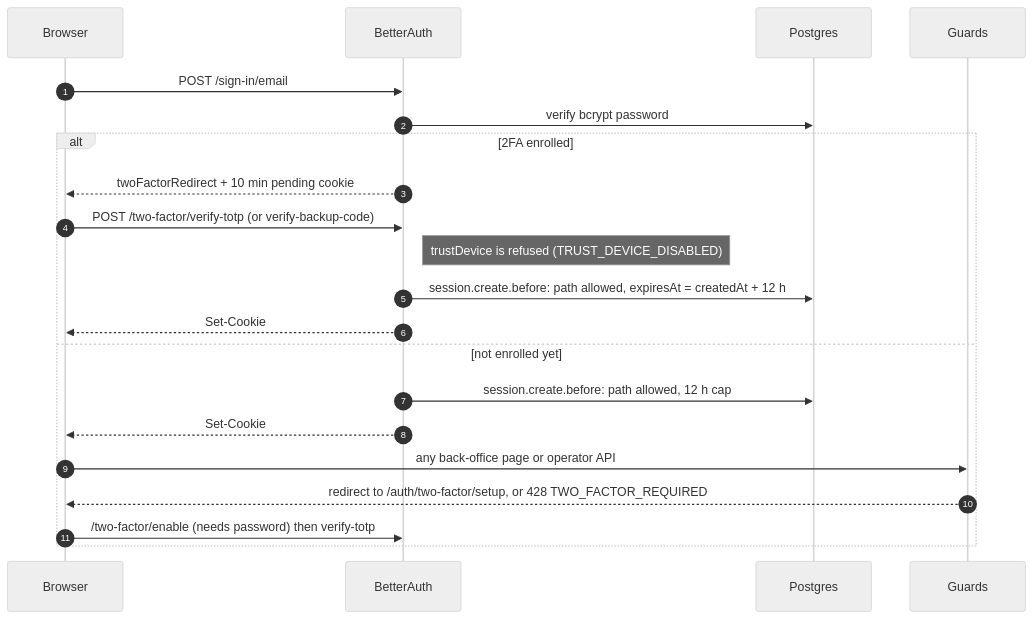
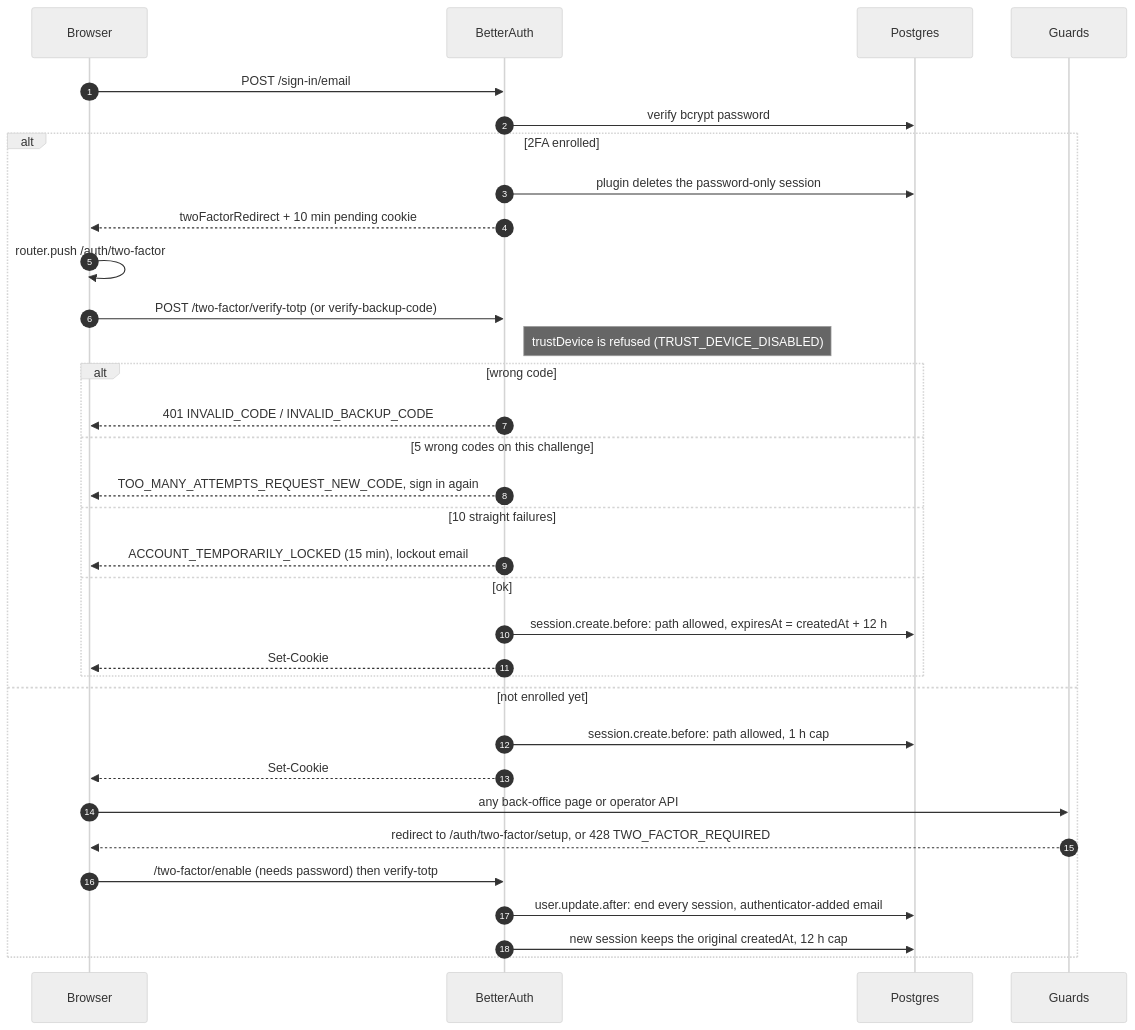
One commit to Practitionist/familiarise_web changed the sixth of 12 diagrams in docs/authentication/architecture.md. Above: the diagram before and after it, drawn with Mermaid (neutral theme). The commit also changed other lines of this file and 533 other files, not shown here.

````diff
--- a/docs/authentication/architecture.md
+++ b/docs/authentication/architecture.md
@@ -194,24 +338,36 @@
 ```mermaid
 sequenceDiagram
   autonumber
   participant B as Browser
   participant BA as BetterAuth
   participant DB as Postgres
   participant G as Guards
 
   B->>BA: POST /sign-in/email
   BA->>DB: verify bcrypt password
   alt 2FA enrolled
+    BA->>DB: plugin deletes the password-only session
     BA-->>B: twoFactorRedirect + 10 min pending cookie
+    B->>B: router.push /auth/two-factor
     B->>BA: POST /two-factor/verify-totp (or verify-backup-code)
     Note right of BA: trustDevice is refused (TRUST_DEVICE_DISABLED)
-    BA->>DB: session.create.before: path allowed, expiresAt = createdAt + 12 h
-    BA-->>B: Set-Cookie
+    alt wrong code
+      BA-->>B: 401 INVALID_CODE / INVALID_BACKUP_CODE
+    else 5 wrong codes on this challenge
+      BA-->>B: TOO_MANY_ATTEMPTS_REQUEST_NEW_CODE, sign in again
+    else 10 straight failures
+      BA-->>B: ACCOUNT_TEMPORARILY_LOCKED (15 min), lockout email
+    else ok
+      BA->>DB: session.create.before: path allowed, expiresAt = createdAt + 12 h
+      BA-->>B: Set-Cookie
+    end
   else not enrolled yet
-    BA->>DB: session.create.before: path allowed, 12 h cap
+    BA->>DB: session.create.before: path allowed, 1 h cap
     BA-->>B: Set-Cookie
     B->>G: any back-office page or operator API
     G-->>B: redirect to /auth/two-factor/setup, or 428 TWO_FACTOR_REQUIRED
     B->>BA: /two-factor/enable (needs password) then verify-totp
+    BA->>DB: user.update.after: end every session, authenticator-added email
+    BA->>DB: new session keeps the original createdAt, 12 h cap
   end
 ```
````
